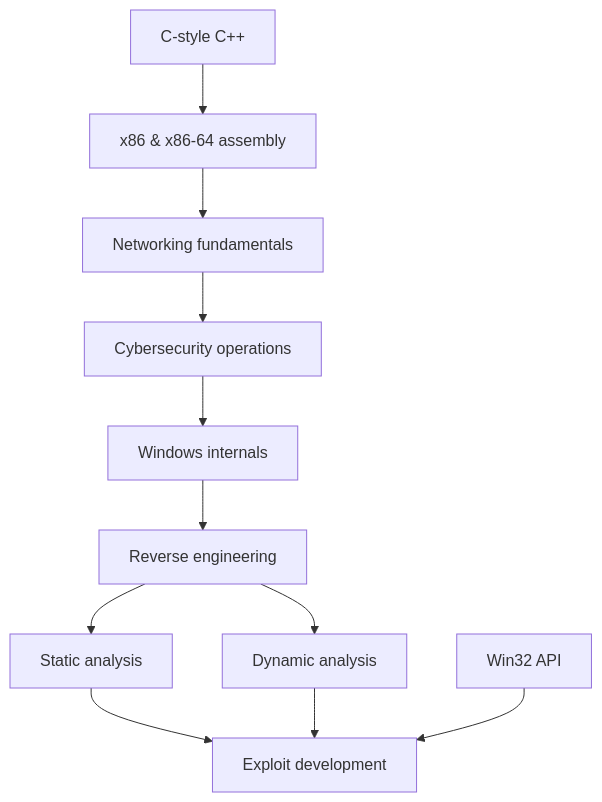
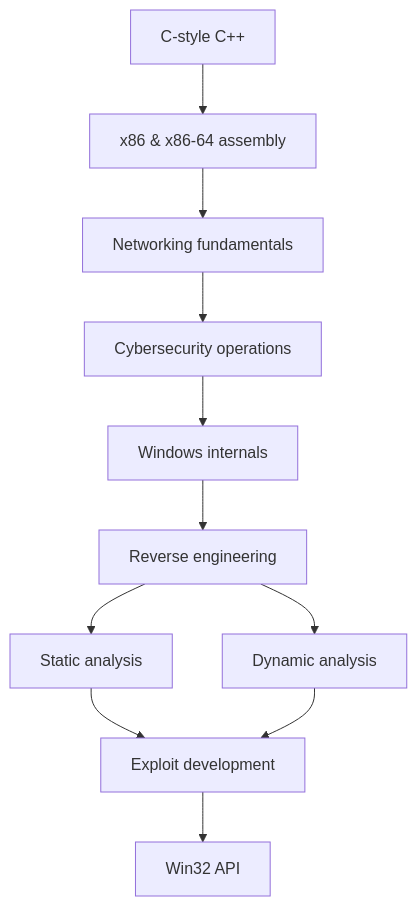
The diagram in readme.md (grimy86/CCI25), drawn with Mermaid before and after one commit.

````diff
--- a/readme.md
+++ b/readme.md
@@ -17,13 +17,13 @@
 ```mermaid
 graph TD;
 	cpp[C-style C++] --> x86-64[x86 & x86-64 assembly]
 	x86-64 --> nf[Networking fundamentals]
     nf --> csec[Cybersecurity operations]
 	csec --> winint[Windows internals]
 	winint --> re[Reverse engineering]
 	re --> sa[Static analysis]
 	re --> da[Dynamic analysis]
 	sa --> ed[Exploit development]
 	da --> ed
-	api[Win32 API] --> ed
+	ed --> api[Win32 API]
 ```
````
